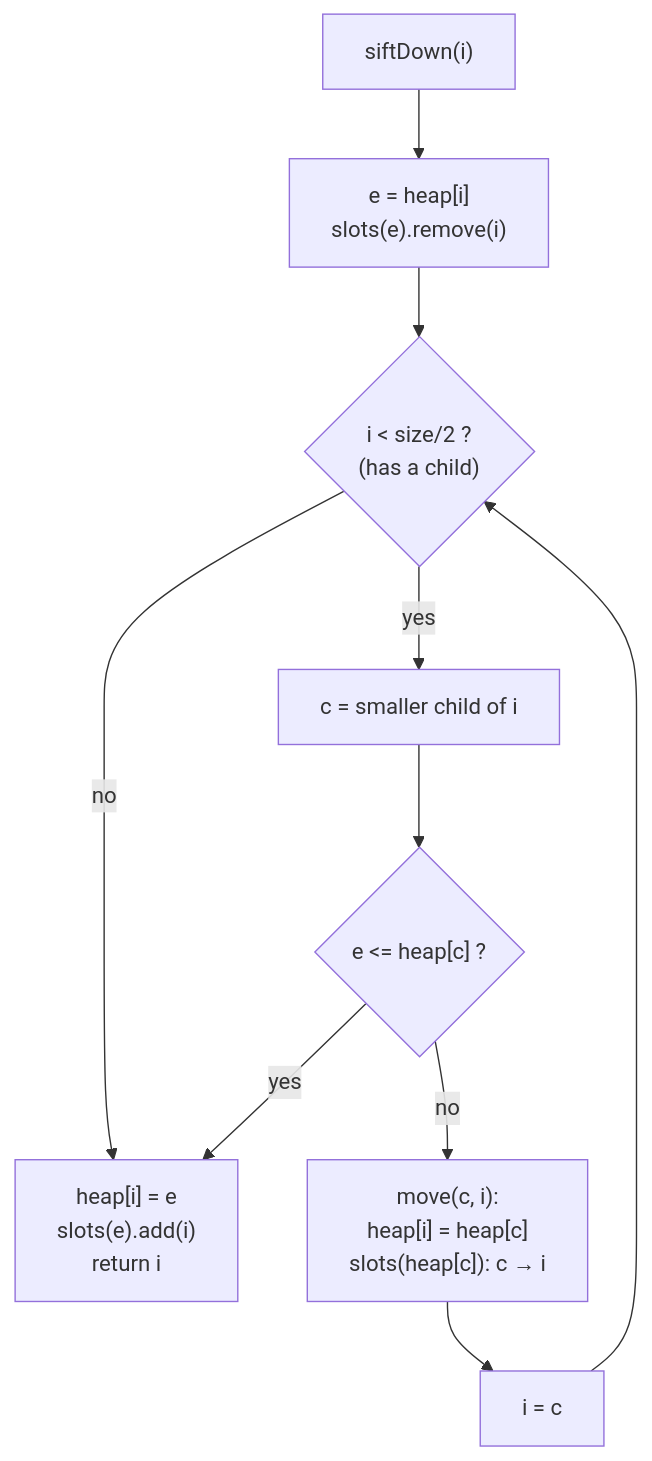
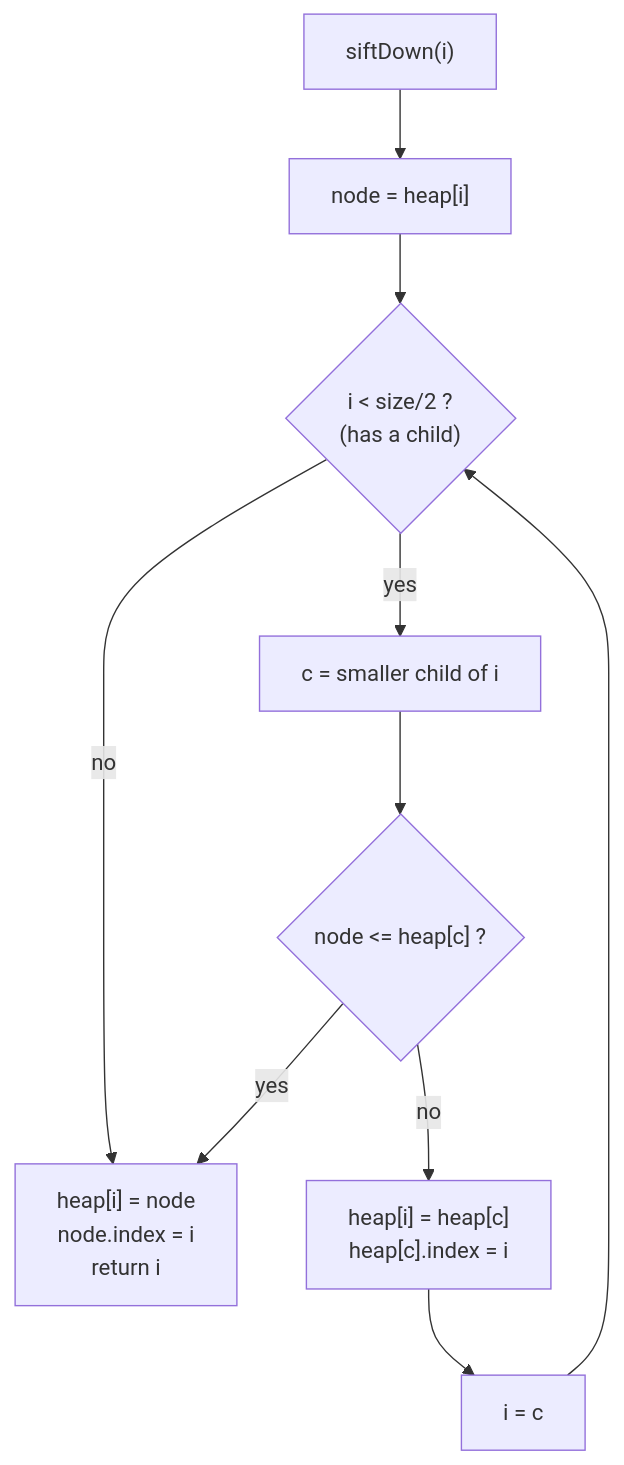
Before and after one commit to deyindra/System_Design: the fourth of 10 diagrams in ds/README.md, drawn with Mermaid. The commit also changed other lines of this file and 2 other files, not shown here.

````diff
--- a/ds/README.md
+++ b/ds/README.md
@@ -144,11 +293,11 @@
 ```mermaid
 flowchart TD
-    S["siftDown(i)"] --> D["e = heap[i]<br/>slots(e).remove(i)"]
+    S["siftDown(i)"] --> D["node = heap[i]"]
     D --> L{"i < size/2 ?<br/>(has a child)"}
     L -- no --> P
     L -- yes --> C["c = smaller child of i"]
-    C --> Q{"e <= heap[c] ?"}
-    Q -- yes --> P["heap[i] = e<br/>slots(e).add(i)<br/>return i"]
-    Q -- no --> M["move(c, i):<br/>heap[i] = heap[c]<br/>slots(heap[c]): c → i"]
+    C --> Q{"node <= heap[c] ?"}
+    Q -- yes --> P["heap[i] = node<br/>node.index = i<br/>return i"]
+    Q -- no --> M["heap[i] = heap[c]<br/>heap[c].index = i"]
     M --> N["i = c"] --> L
 ```
````
